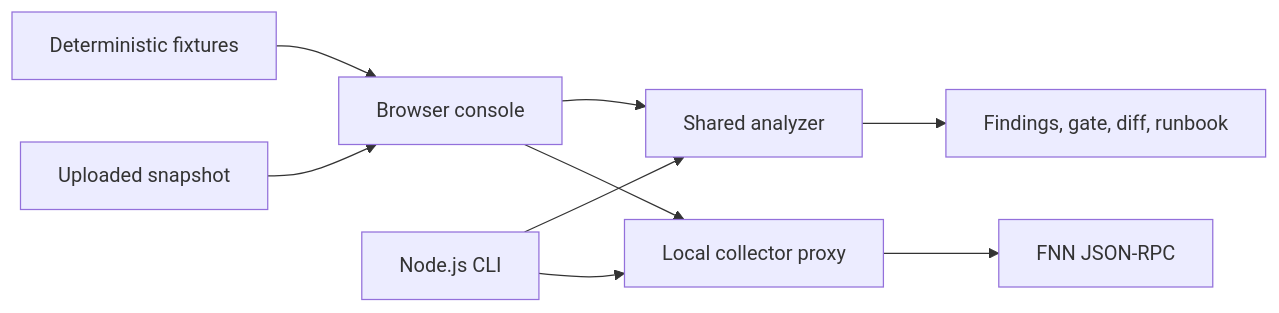
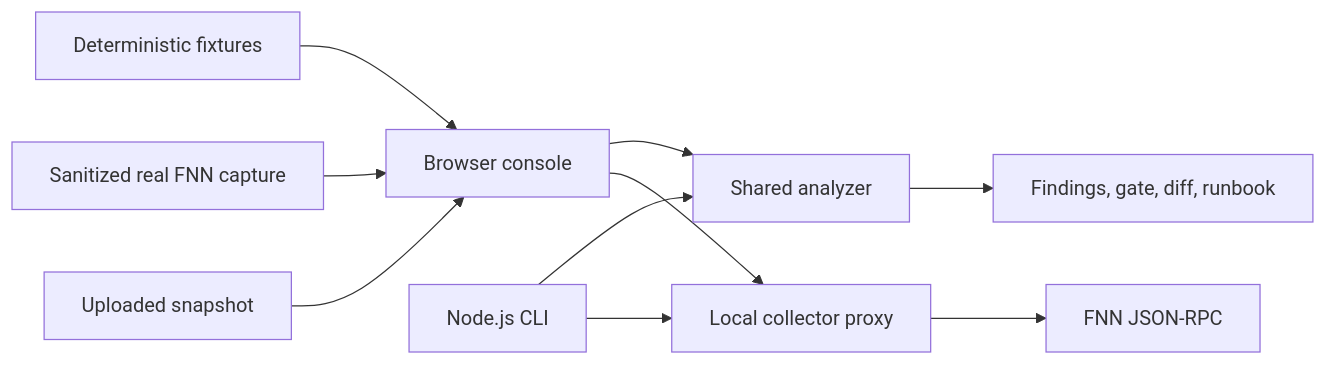
The diagram in README.md (FrancisSix/fiber-scope), drawn with Mermaid before and after one commit. The commit also changed other lines of this file and 21 other files, not shown here.

Commit message:
Add sanitized real FNN replay

````diff
--- a/README.md
+++ b/README.md
@@ -29,11 +29,12 @@
 ```mermaid
 flowchart LR
   F["Deterministic fixtures"] --> UI["Browser console"]
+  RC["Sanitized real FNN capture"] --> UI
   S["Uploaded snapshot"] --> UI
   UI --> C["Shared analyzer"]
   CLI["Node.js CLI"] --> C
   C --> O["Findings, gate, diff, runbook"]
   CLI --> P["Local collector proxy"]
   UI --> P
-  P --> R["FNN JSON-RPC"]
+  P --> RPC["FNN JSON-RPC"]
 ```
````
